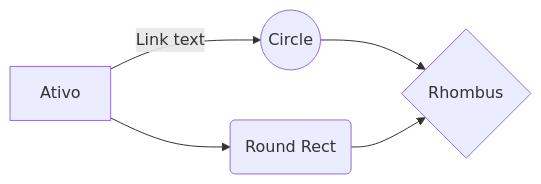
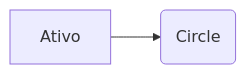
The diagram in docs/Análise FIIs.md (BackFront/trade), drawn with Mermaid before and after one commit. The commit also changed other lines of this file, not shown here.

Commit message:
docs/Análise FIIs.md updated from https://stackedit.io/

````diff
--- a/docs/Análise FIIs.md
+++ b/docs/Análise FIIs.md
@@ -20,7 +20,5 @@
 ```mermaid
 graph LR
-A[Ativo] -- Link text --> B((Circle))
-A --> C(Round Rect)
-B --> D{Rhombus}
-C --> D
+A[Ativo] --> B(Circle)
+
 ```
````
